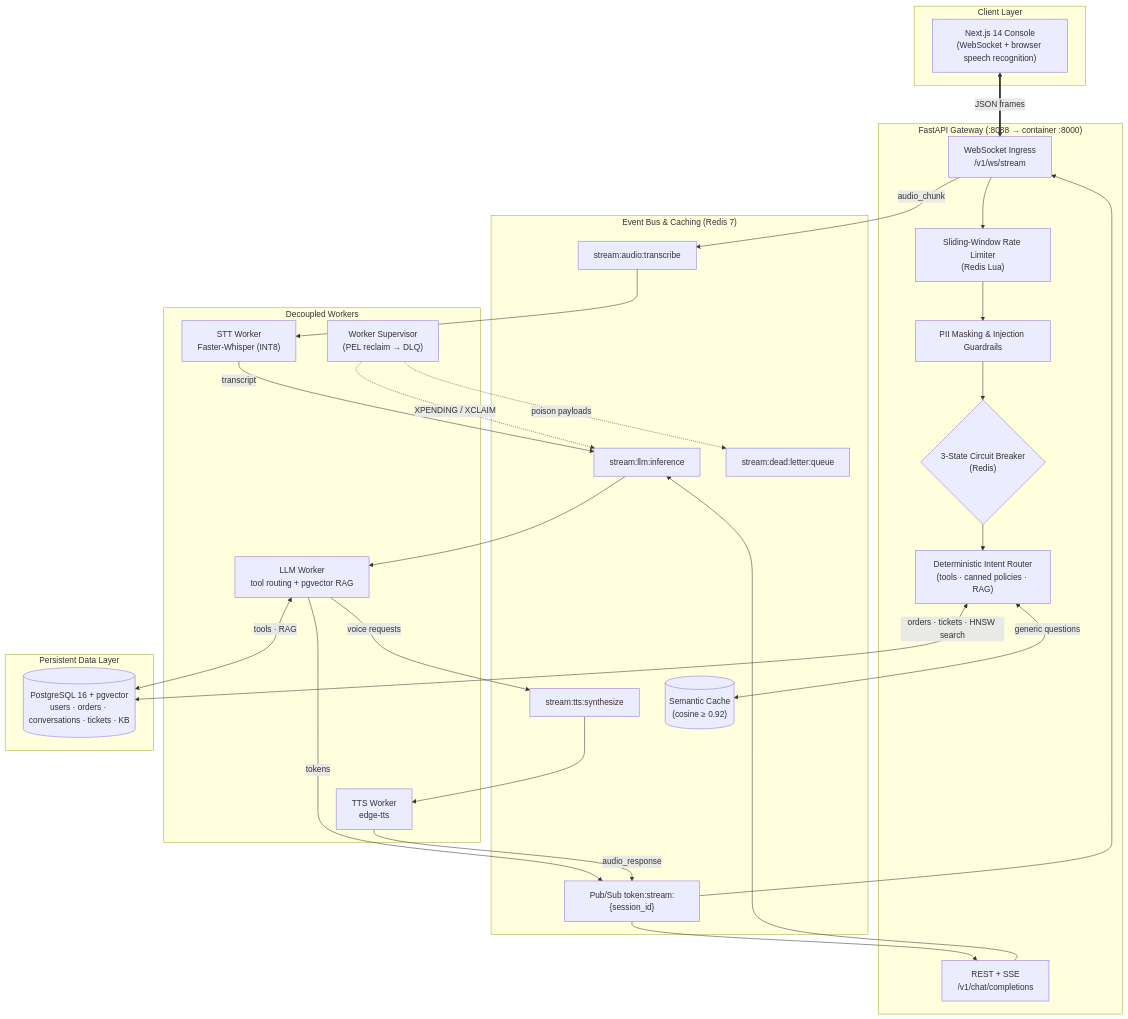
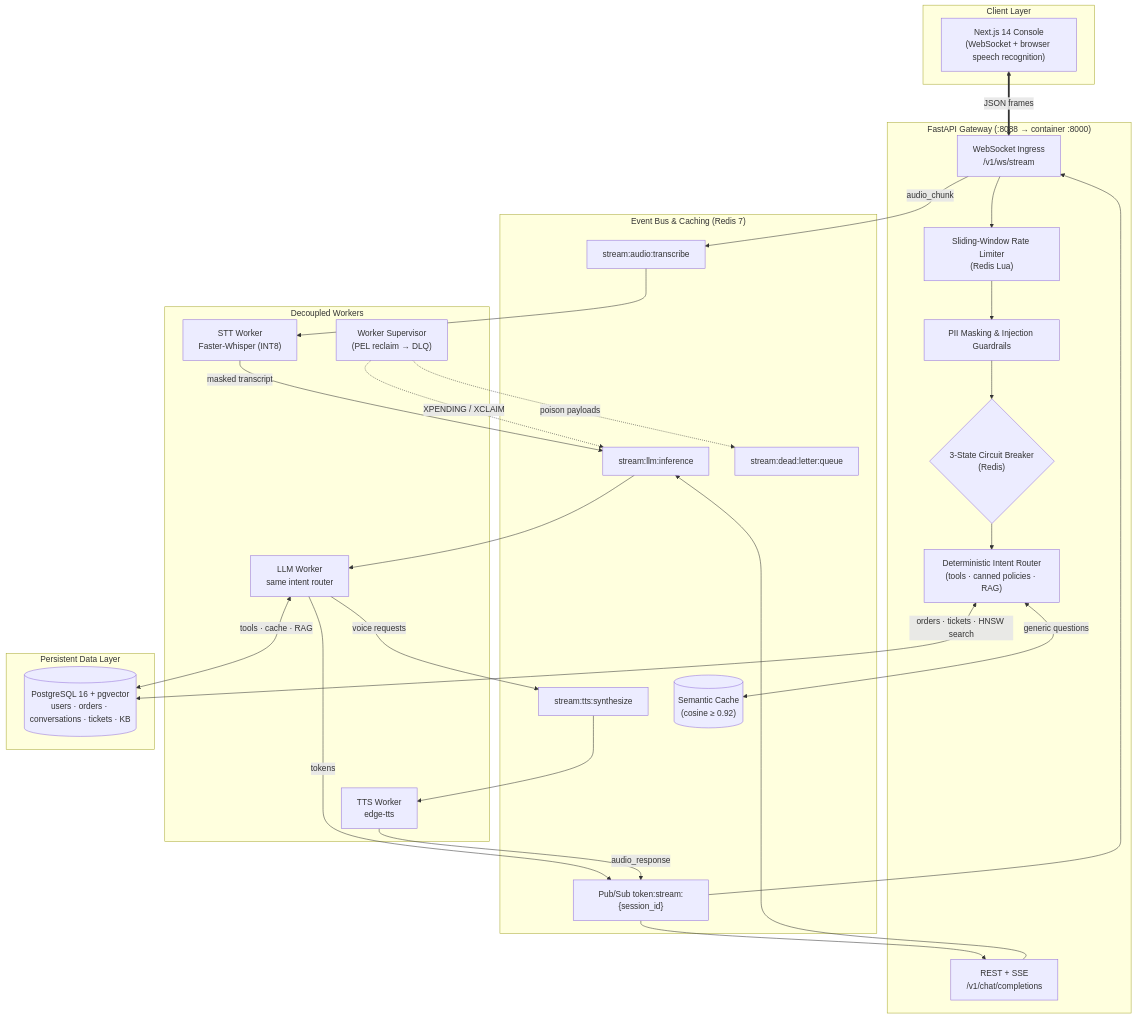
One commit to pratyushkandari/voxa-voice-customer-support changed the diagram in README.md. Above: the diagram before and after it, drawn with Mermaid. The commit also changed other lines of this file and 3 other files, not shown here.

````diff
--- a/README.md
+++ b/README.md
@@ -36,50 +36,50 @@
 ```mermaid
 flowchart TB
     subgraph Client ["Client Layer"]
         Browser["Next.js 14 Console<br/>(WebSocket + browser speech recognition)"]
     end
 
     subgraph Gateway ["FastAPI Gateway (:8088 → container :8000)"]
         WS_Handler["WebSocket Ingress<br/>/v1/ws/stream"]
         REST["REST + SSE<br/>/v1/chat/completions"]
         Guardrails["PII Masking & Injection Guardrails"]
         RateLimiter["Sliding-Window Rate Limiter<br/>(Redis Lua)"]
         Router["Deterministic Intent Router<br/>(tools · canned policies · RAG)"]
         CircuitBreaker{"3-State Circuit Breaker<br/>(Redis)"}
     end
 
     subgraph Streaming ["Event Bus & Caching (Redis 7)"]
         StreamSTT["stream:audio:transcribe"]
         StreamLLM["stream:llm:inference"]
         StreamTTS["stream:tts:synthesize"]
         PubSub["Pub/Sub token:stream:{session_id}"]
         SemanticCache[("Semantic Cache<br/>(cosine ≥ 0.92)")]
         DLQ["stream:dead:letter:queue"]
     end
 
     subgraph Workers ["Decoupled Workers"]
         STTWorker["STT Worker<br/>Faster-Whisper (INT8)"]
-        LLMWorker["LLM Worker<br/>tool routing + pgvector RAG"]
+        LLMWorker["LLM Worker<br/>same intent router"]
         TTSWorker["TTS Worker<br/>edge-tts"]
         Supervisor["Worker Supervisor<br/>(PEL reclaim → DLQ)"]
     end
 
     subgraph Storage ["Persistent Data Layer"]
         Postgres[("PostgreSQL 16 + pgvector<br/>users · orders · conversations · tickets · KB")]
     end
 
     Browser <==>|"JSON frames"| WS_Handler
     WS_Handler --> RateLimiter --> Guardrails --> CircuitBreaker --> Router
     Router <-->|"generic questions"| SemanticCache
     Router <-->|"orders · tickets · HNSW search"| Postgres
-    WS_Handler -->|"audio_chunk"| StreamSTT --> STTWorker -->|"transcript"| StreamLLM
+    WS_Handler -->|"audio_chunk"| StreamSTT --> STTWorker -->|"masked transcript"| StreamLLM
     REST --> StreamLLM
-    StreamLLM --> LLMWorker <-->|"tools · RAG"| Postgres
+    StreamLLM --> LLMWorker <-->|"tools · cache · RAG"| Postgres
     LLMWorker -->|"voice requests"| StreamTTS --> TTSWorker
     LLMWorker -->|"tokens"| PubSub
     TTSWorker -->|"audio_response"| PubSub
     PubSub --> WS_Handler
     PubSub --> REST
     Supervisor -.->|"XPENDING / XCLAIM"| StreamLLM
     Supervisor -.->|"poison payloads"| DLQ
 ```
````
